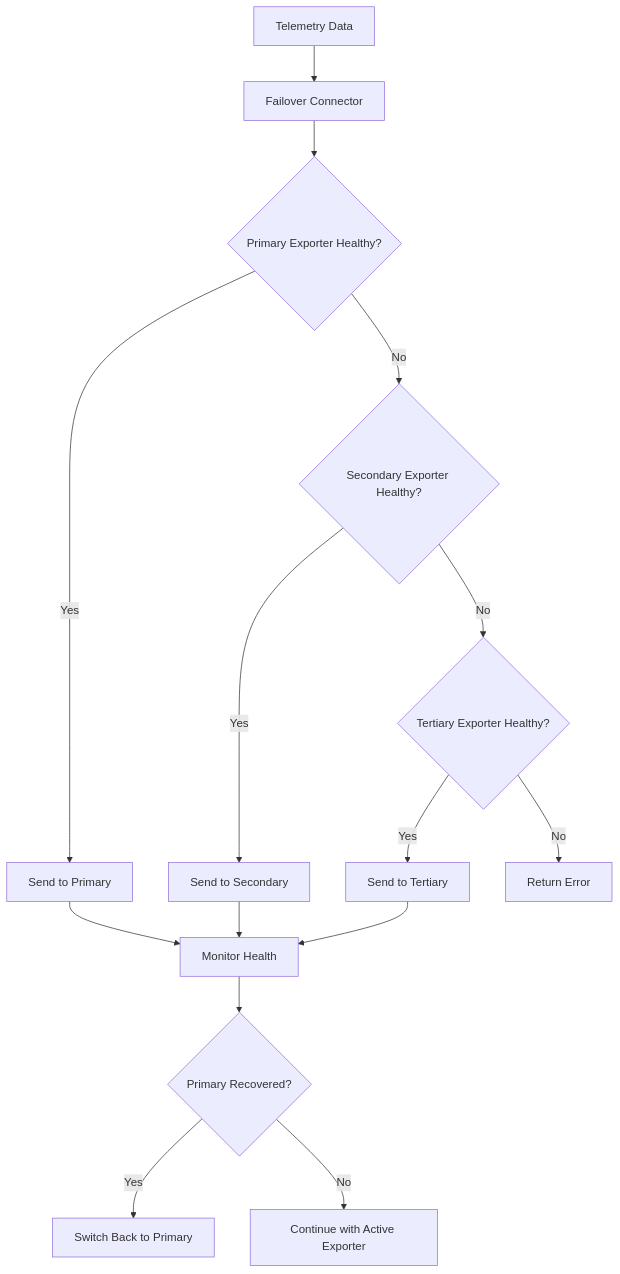
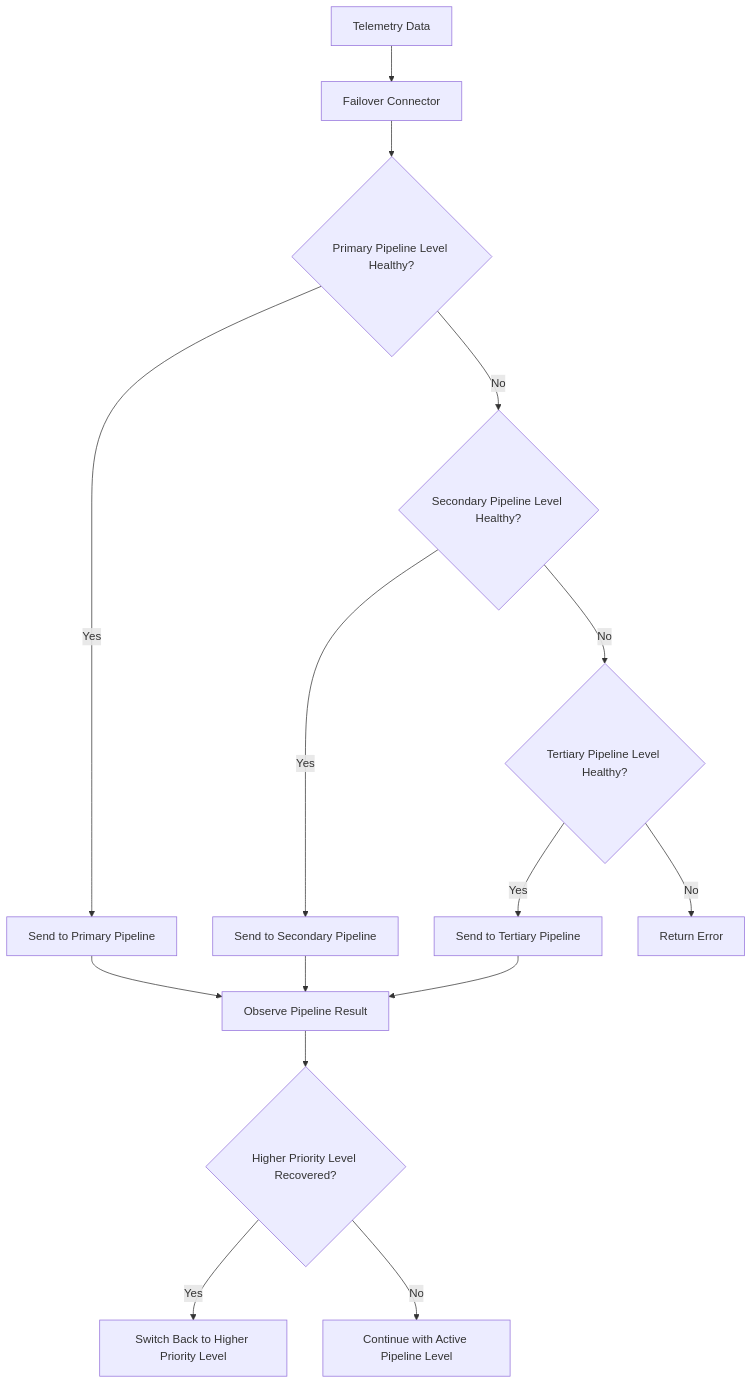
The diagram in posts/2026-02-06-failover-connector-opentelemetry-collector/README.md (OneUptime/blog), drawn with Mermaid before and after one commit. The commit also changed other lines of this file and 2 other files, not shown here.

````diff
--- a/posts/2026-02-06-failover-connector-opentelemetry-collector/README.md
+++ b/posts/2026-02-06-failover-connector-opentelemetry-collector/README.md
@@ -21,17 +21,17 @@
 ```mermaid
 graph TB
     A[Telemetry Data] --> B[Failover Connector]
-    B --> C{Primary Exporter Healthy?}
-    C -->|Yes| D[Send to Primary]
-    C -->|No| E{Secondary Exporter Healthy?}
-    E -->|Yes| F[Send to Secondary]
-    E -->|No| G{Tertiary Exporter Healthy?}
-    G -->|Yes| H[Send to Tertiary]
+    B --> C{Primary Pipeline Level Healthy?}
+    C -->|Yes| D[Send to Primary Pipeline]
+    C -->|No| E{Secondary Pipeline Level Healthy?}
+    E -->|Yes| F[Send to Secondary Pipeline]
+    E -->|No| G{Tertiary Pipeline Level Healthy?}
+    G -->|Yes| H[Send to Tertiary Pipeline]
     G -->|No| I[Return Error]
-    D --> J[Monitor Health]
+    D --> J[Observe Pipeline Result]
     F --> J
     H --> J
-    J --> K{Primary Recovered?}
-    K -->|Yes| L[Switch Back to Primary]
-    K -->|No| M[Continue with Active Exporter]
+    J --> K{Higher Priority Level Recovered?}
+    K -->|Yes| L[Switch Back to Higher Priority Level]
+    K -->|No| M[Continue with Active Pipeline Level]
 ```
````
